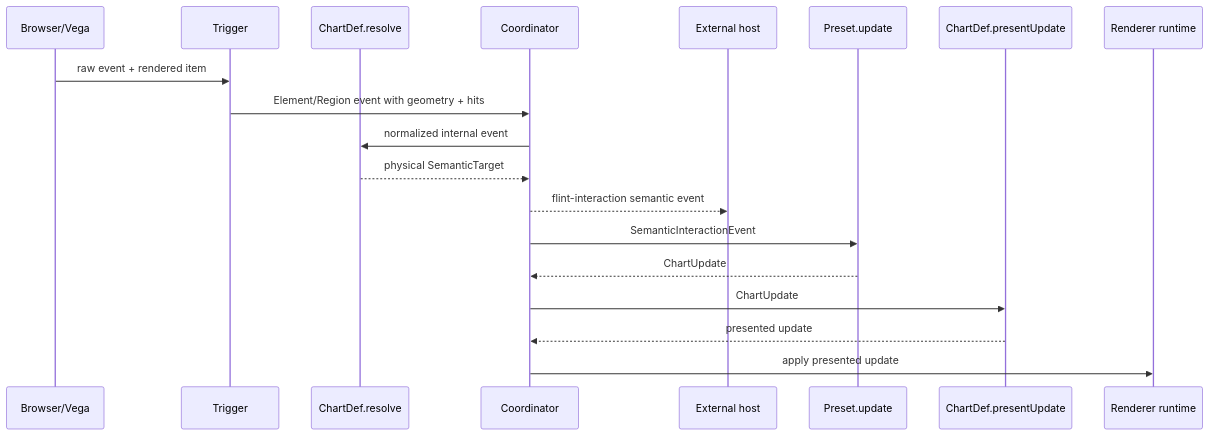
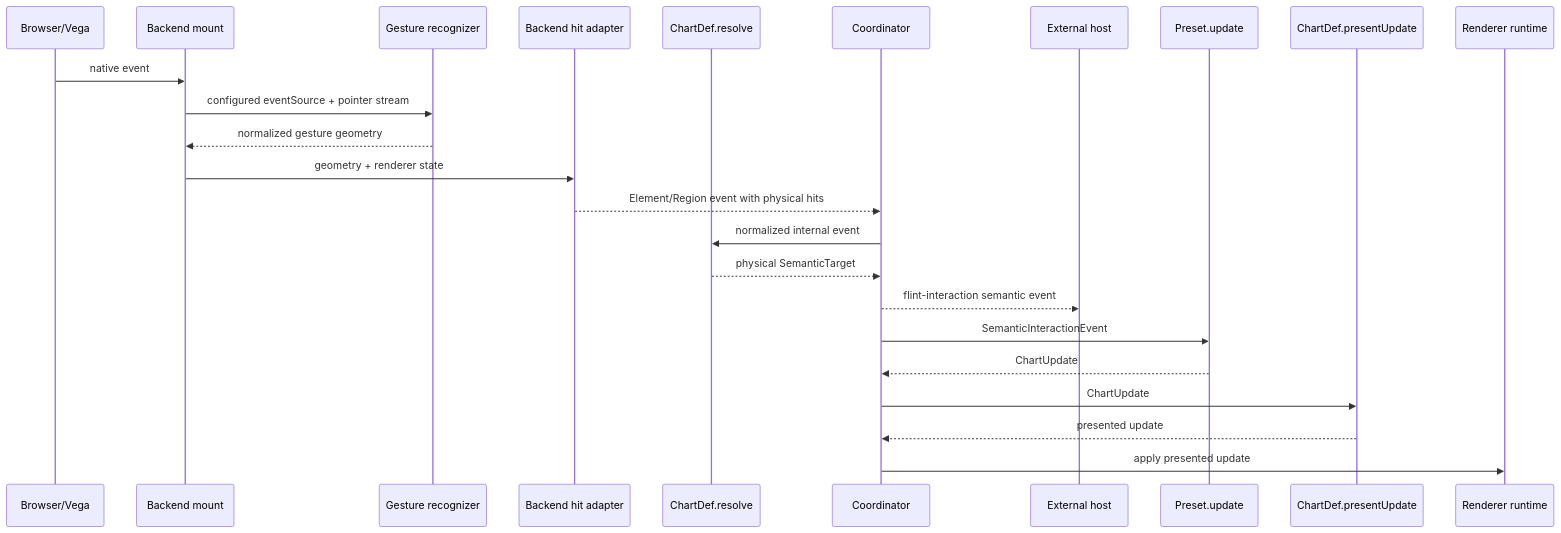
One commit to microsoft/flint-chart changed the second of 5 diagrams in packages/flint-js/src/interactive/README.md. Above: the diagram before and after it, drawn with Mermaid. The commit also changed other lines of this file and 63 other files, not shown here.

````diff
--- a/packages/flint-js/src/interactive/README.md
+++ b/packages/flint-js/src/interactive/README.md
@@ -50,22 +58,27 @@
 ```mermaid
 sequenceDiagram
     participant Browser as Browser/Vega
-    participant Trigger
+    participant Mount as Backend mount
+    participant Gesture as Gesture recognizer
+    participant Hits as Backend hit adapter
     participant ChartDef as ChartDef.resolve
     participant Coordinator
     participant Host as External host
     participant Preset as Preset.update
     participant Present as ChartDef.presentUpdate
     participant Runtime as Renderer runtime
 
-    Browser->>Trigger: raw event + rendered item
-    Trigger->>Coordinator: Element/Region event with geometry + hits
+    Browser->>Mount: native event
+    Mount->>Gesture: configured eventSource + pointer stream
+    Gesture-->>Mount: normalized gesture geometry
+    Mount->>Hits: geometry + renderer state
+    Hits-->>Coordinator: Element/Region event with physical hits
     Coordinator->>ChartDef: normalized internal event
     ChartDef-->>Coordinator: physical SemanticTarget
     Coordinator-->>Host: flint-interaction semantic event
     Coordinator->>Preset: SemanticInteractionEvent
     Preset-->>Coordinator: ChartUpdate
     Coordinator->>Present: ChartUpdate
     Present-->>Coordinator: presented update
     Coordinator->>Runtime: apply presented update
 ```
````
